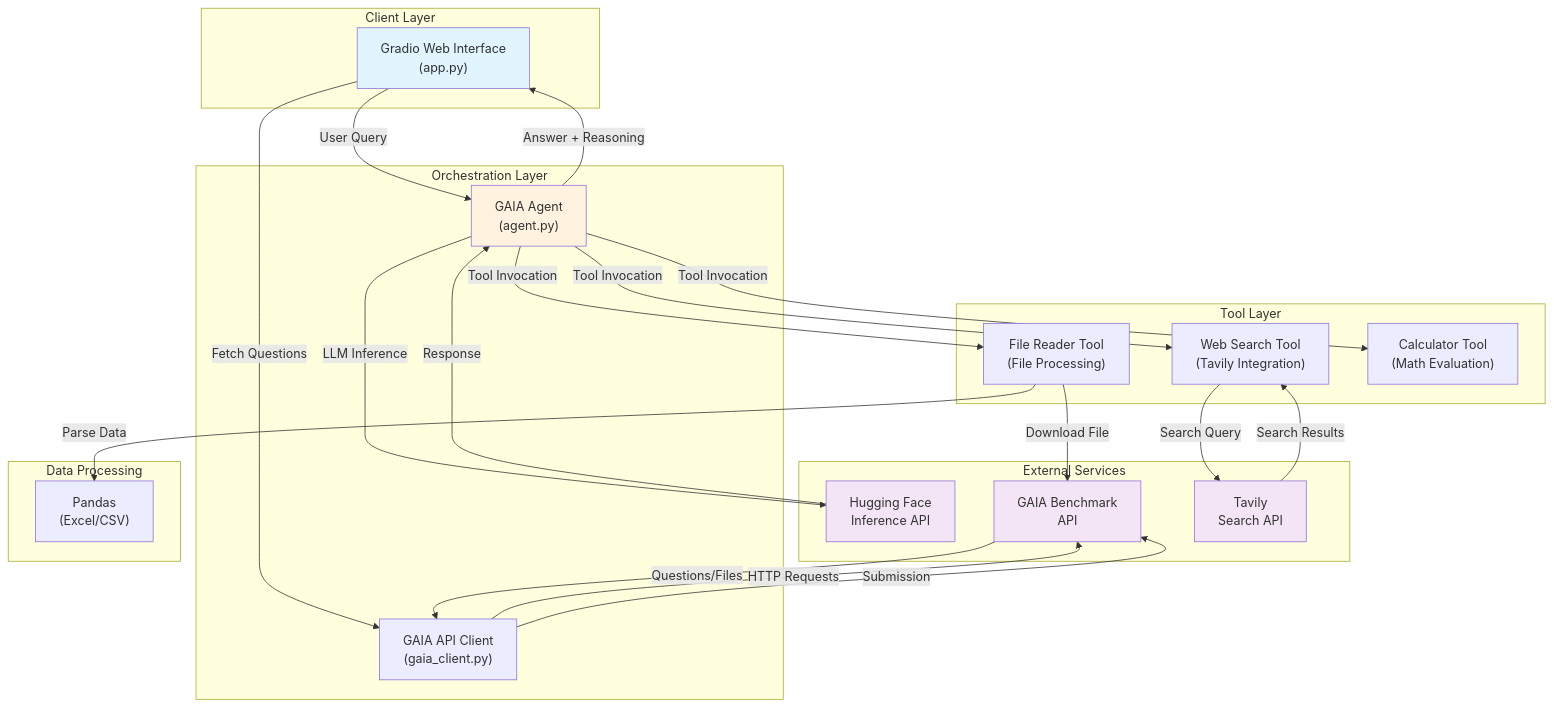
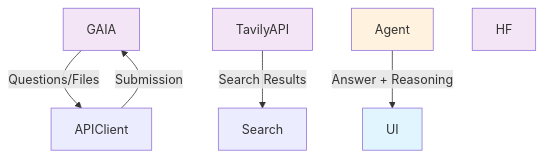
Before and after one commit to hasancoded/gaia-agent: the diagram in README.md, drawn with Mermaid. The commit also changed other lines of this file, not shown here.

Commit message:
fix: remove details wrapper from Mermaid diagram for GitHub rendering

````diff
--- a/README.md
+++ b/README.md
@@ -31,53 +28,14 @@
 ```mermaid
 graph TB
-    subgraph Client["Client Layer"]
-        UI["Gradio Web Interface<br/>(app.py)"]
-    end
-
-    subgraph Orchestration["Orchestration Layer"]
-        Agent["GAIA Agent<br/>(agent.py)"]
-        APIClient["GAIA API Client<br/>(gaia_client.py)"]
-    end
-
-    subgraph Tools["Tool Layer"]
-        Search["Web Search Tool<br/>(Tavily Integration)"]
-        FileReader["File Reader Tool<br/>(File Processing)"]
-        Calculator["Calculator Tool<br/>(Math Evaluation)"]
-    end
-
-    subgraph External["External Services"]
-        HF["Hugging Face<br/>Inference API"]
-        GAIA["GAIA Benchmark<br/>API"]
-        TavilyAPI["Tavily<br/>Search API"]
-    end
-
-    subgraph Processing["Data Processing"]
-        Pandas["Pandas<br/>(Excel/CSV)"]
-    end
-
-    UI -->|User Query| Agent
-    UI -->|Fetch Questions| APIClient
-
-    Agent -->|LLM Inference| HF
-    Agent -->|Tool Invocation| Search
-    Agent -->|Tool Invocation| FileReader
-    Agent -->|Tool Invocation| Calculator
-
-    APIClient -->|HTTP Requests| GAIA
-    Search -->|Search Query| TavilyAPI
-    FileReader -->|Download File| GAIA
-    FileReader -->|Parse Data| Pandas
-
-    HF -->|Response| Agent
     GAIA -->|Questions/Files| APIClient
     TavilyAPI -->|Search Results| Search
 
     Agent -->|Answer + Reasoning| UI
     APIClient -->|Submission| GAIA
 
     style UI fill:#e1f5ff
     style Agent fill:#fff3e0
     style HF fill:#f3e5f5
     style GAIA fill:#f3e5f5
     style TavilyAPI fill:#f3e5f5
 ```
````
